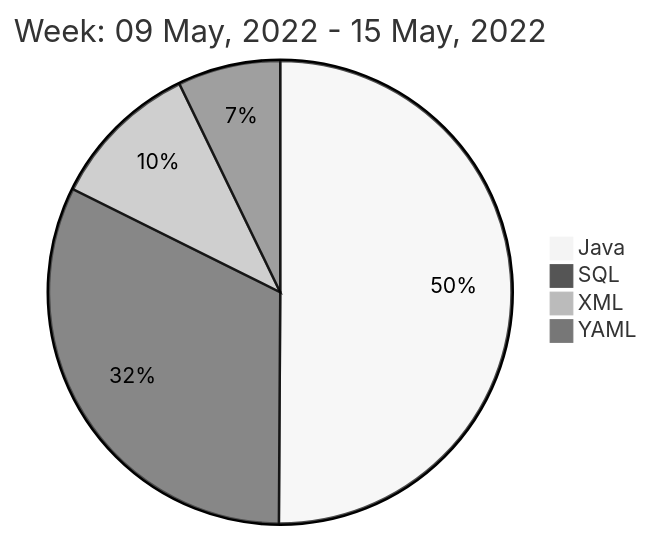
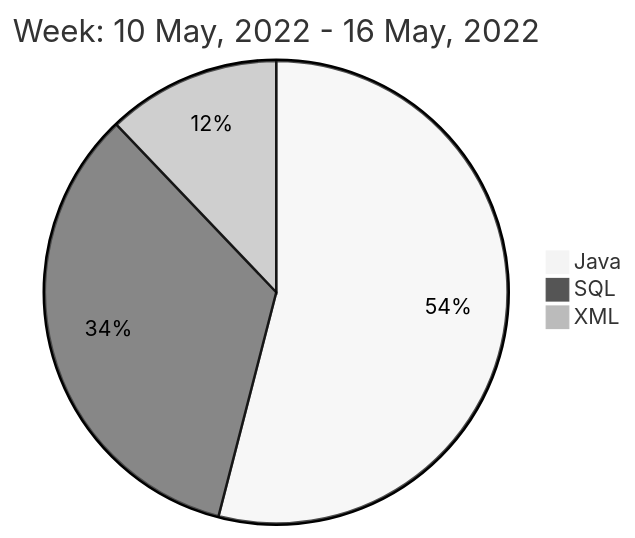
Before and after one commit to liubin95/liubin95: the diagram in README.md, drawn with Mermaid (neutral theme).

Commit message:
Updated the Graph with new Metrics

````diff
--- a/README.md
+++ b/README.md
@@ -40,8 +40,7 @@
 ```mermaid
  pie
-title Week: 09 May, 2022 - 15 May, 2022
- "Java" : 8.03
- "SQL" : 5.17
- "XML" : 1.68
- "YAML" : 1.15
+title Week: 10 May, 2022 - 16 May, 2022
+ "Java" : 7.13
+ "SQL" : 4.47
+ "XML" : 1.6
 ```
````
